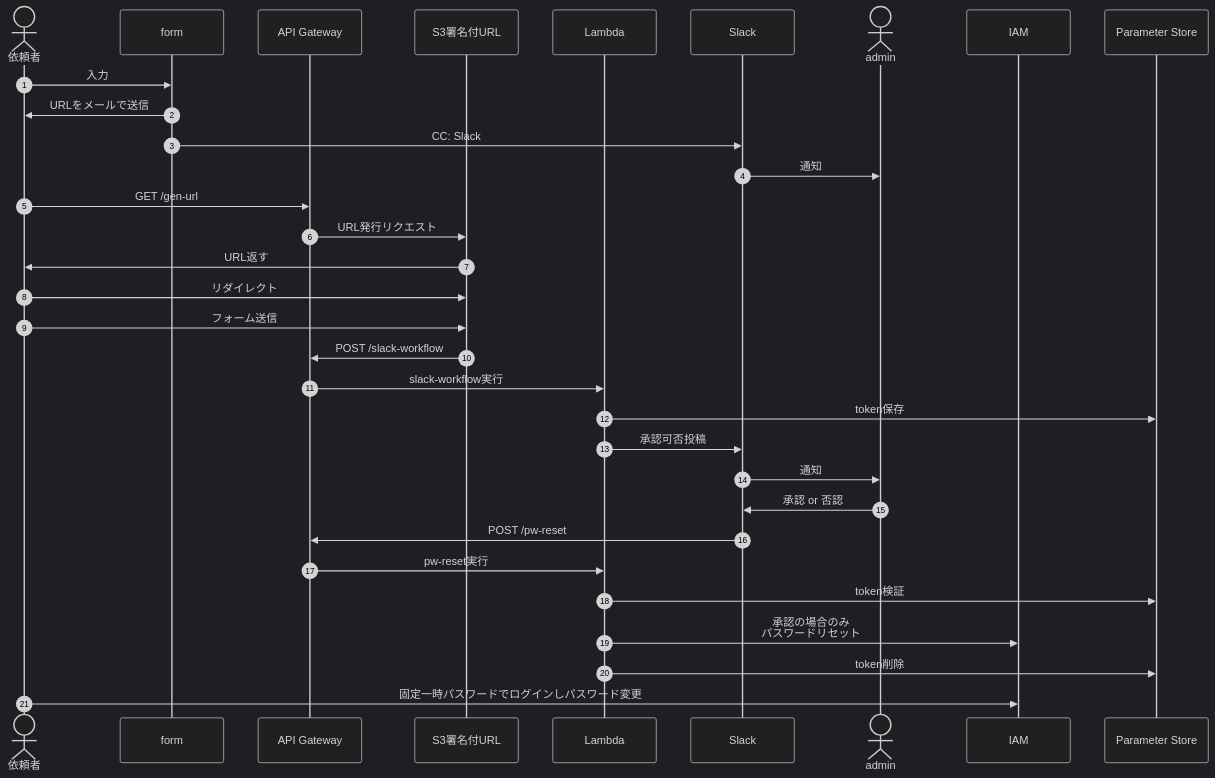
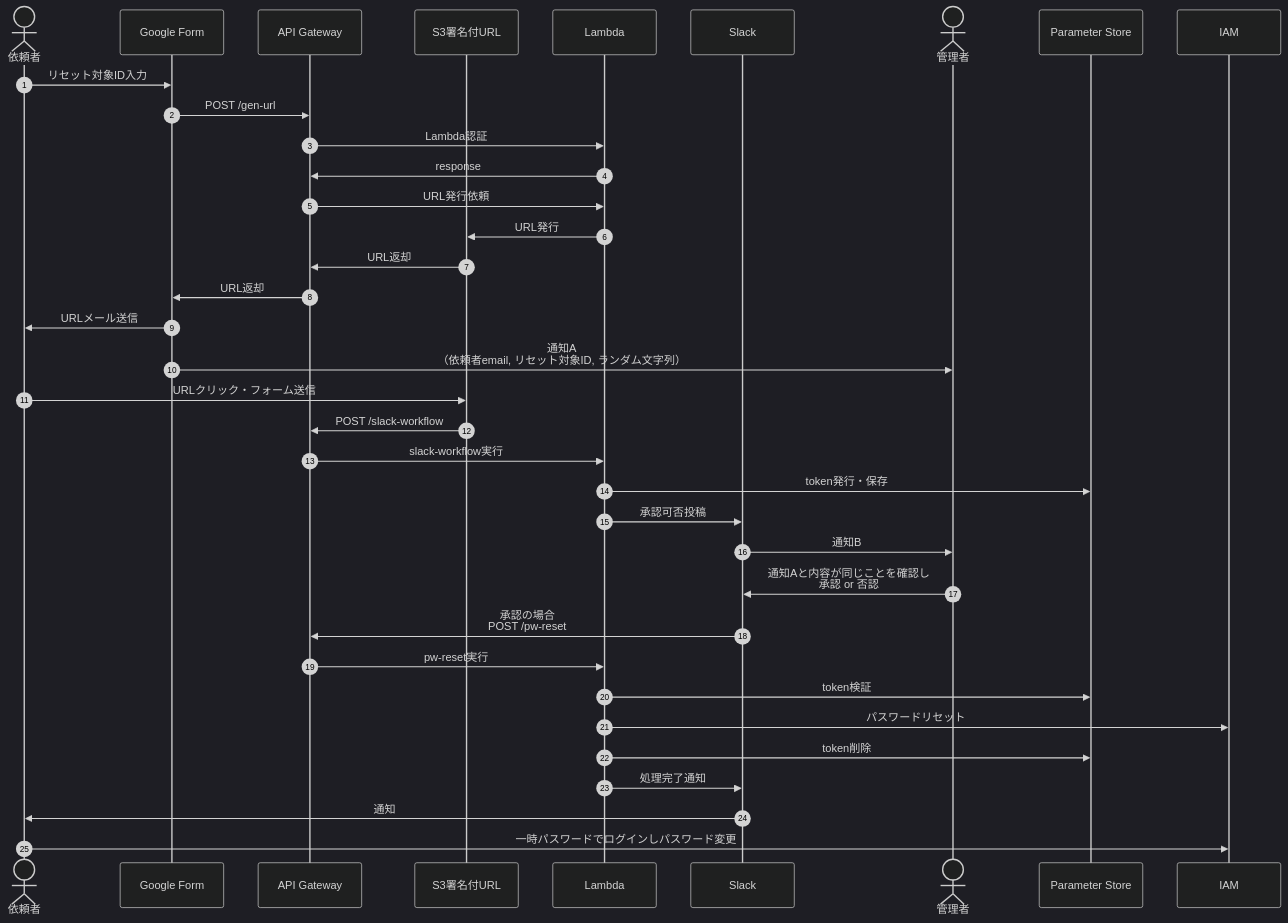
One commit to hige-dev/pw-reset changed the diagram in README.md. Above: the diagram before and after it, drawn with Mermaid (dark theme).

Commit message:
modify sequence

````diff
--- a/README.md
+++ b/README.md
@@ -66,34 +66,38 @@
 ```mermaid
 sequenceDiagram
   autonumber
   actor line_2 as 依頼者
-  participant line_1 as form
+  participant line_1 as Google Form
   participant line_3 as API Gateway
   participant line_4 as S3署名付URL
   participant line_5 as Lambda
   participant line_6 as Slack
-  actor line_7 as admin
+  actor line_7 as 管理者
+  participant line_11 as Parameter Store
   participant line_10 as IAM
-  participant line_11 as Parameter Store
-  line_2 ->> line_1: 入力
-  line_1 ->> line_2: URLをメールで送信
-  line_1 ->> line_6: CC: Slack
-  line_6 ->> line_7: 通知
-  line_2 ->> line_3: GET /gen-url
-  line_3 ->> line_4: URL発行リクエスト
-  line_4 ->> line_2: URL返す
-  line_2 ->> line_4: リダイレクト
-  line_2 ->> line_4: フォーム送信
+  line_2 ->> line_1: リセット対象ID入力
+  line_1 ->> line_3: POST /gen-url
+  line_3 ->> line_5: Lambda認証
+  line_5 ->> line_3: response
+  line_3 ->> line_5: URL発行依頼
+  line_5 ->> line_4: URL発行
+  line_4 ->> line_3: URL返却
+  line_3 ->> line_1: URL返却
+  line_1 ->> line_2: URLメール送信
+  line_1 ->> line_7: 通知A<br>（依頼者email, リセット対象ID, ランダム文字列）
+  line_2 ->> line_4: URLクリック・フォーム送信
   line_4 ->> line_3: POST /slack-workflow
   line_3 ->> line_5: slack-workflow実行
-  line_5 ->> line_11: token保存
+  line_5 ->> line_11: token発行・保存
   line_5 ->> line_6: 承認可否投稿
-  line_6 ->> line_7: 通知
-  line_7 ->> line_6: 承認 or 否認
-  line_6 ->> line_3: POST /pw-reset
+  line_6 ->> line_7: 通知B
+  line_7 ->> line_6: 通知Aと内容が同じことを確認し<br>承認 or 否認
+  line_6 ->> line_3: 承認の場合<br>POST /pw-reset
   line_3 ->> line_5: pw-reset実行
   line_5 ->> line_11: token検証
-  line_5 ->> line_10: 承認の場合のみ<br>パスワードリセット
+  line_5 ->> line_10: パスワードリセット
   line_5 ->> line_11: token削除
-  line_2 ->> line_10: 固定一時パスワードでログインしパスワード変更
+  line_5 ->> line_6: 処理完了通知
+  line_6 ->> line_2: 通知
+  line_2 ->> line_10: 一時パスワードでログインしパスワード変更
 ```
````
